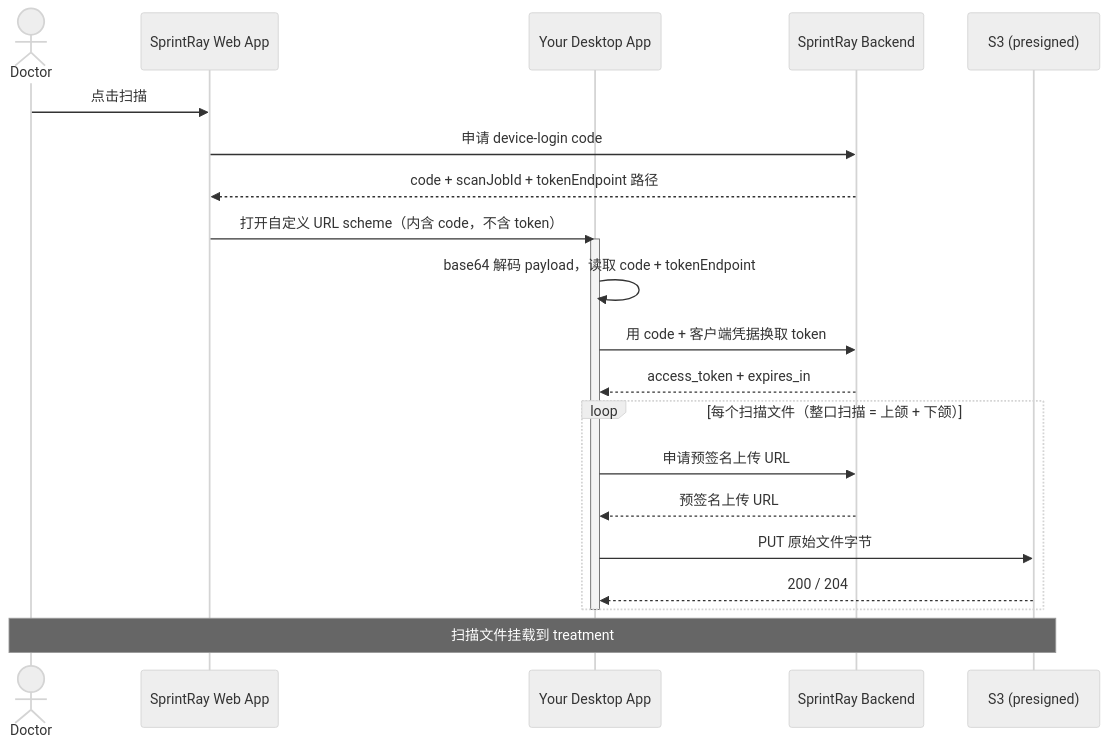
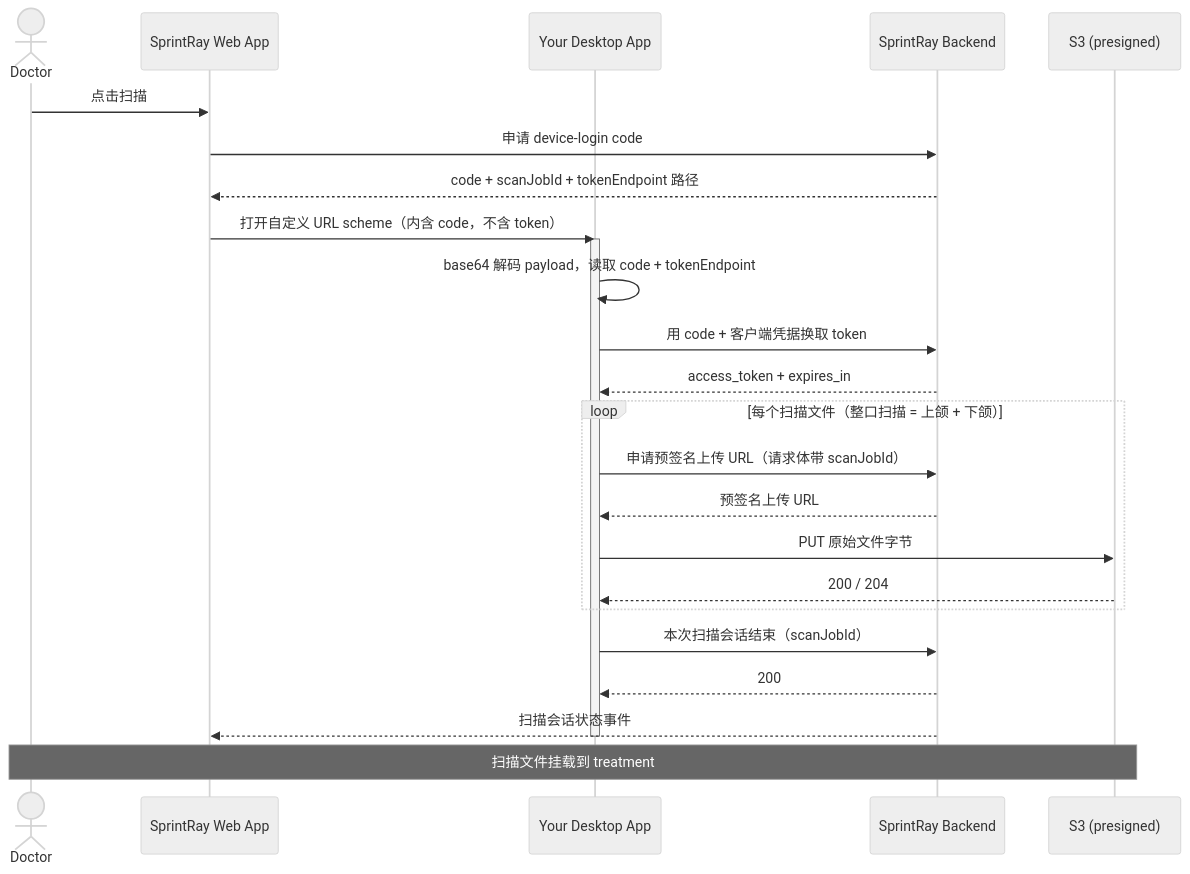
One commit to SprintRay-Software/example-scan-app changed the diagram in README.zh-CN.md. Above: the diagram before and after it, drawn with Mermaid (neutral theme). The commit also changed other lines of this file and 8 other files, not shown here.

````diff
--- a/README.zh-CN.md
+++ b/README.zh-CN.md
@@ -36,25 +36,28 @@
 ```mermaid
 sequenceDiagram
     actor Doctor
     participant Web as SprintRay Web App
     participant App as Your Desktop App
     participant BE as SprintRay Backend
     participant S3 as S3 (presigned)
 
     Doctor->>Web: 点击扫描
     Web->>BE: 申请 device-login code
     BE-->>Web: code + scanJobId + tokenEndpoint 路径
     Web->>App: 打开自定义 URL scheme（内含 code，不含 token）
     activate App
     App->>App: base64 解码 payload，读取 code + tokenEndpoint
     App->>BE: 用 code + 客户端凭据换取 token
     BE-->>App: access_token + expires_in
     loop 每个扫描文件（整口扫描 = 上颌 + 下颌）
-        App->>BE: 申请预签名上传 URL
+        App->>BE: 申请预签名上传 URL（请求体带 scanJobId）
         BE-->>App: 预签名上传 URL
         App->>S3: PUT 原始文件字节
         S3-->>App: 200 / 204
     end
+    App->>BE: 本次扫描会话结束（scanJobId）
+    BE-->>App: 200
+    BE-->>Web: 扫描会话状态事件
     deactivate App
     Note over Doctor,S3: 扫描文件挂载到 treatment
 ```
````
